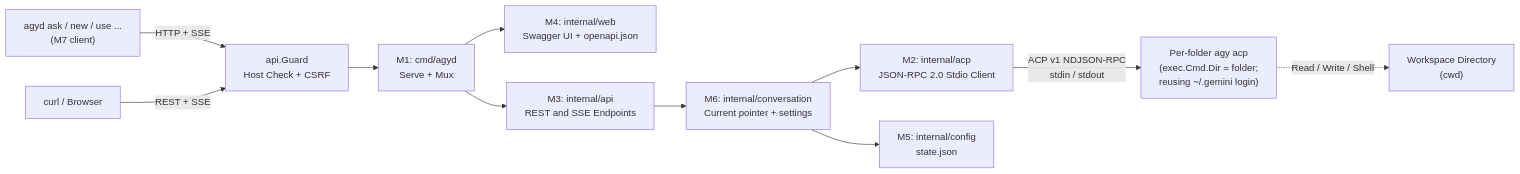
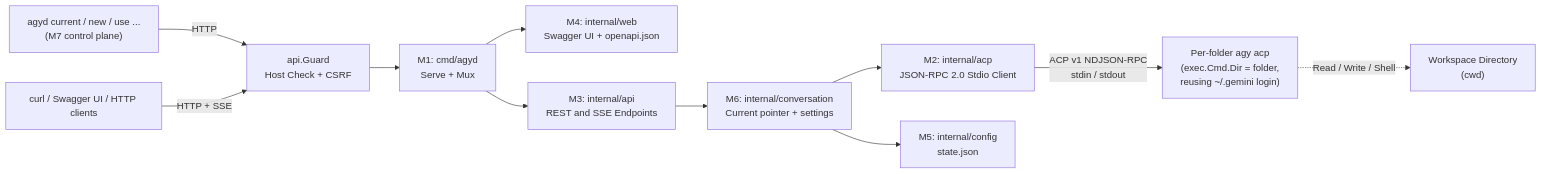
Before and after one commit to kesokaj/agyd: the first of 3 diagrams in SDD.md, drawn with Mermaid. The commit also changed other lines of this file and 2 other files, not shown here.

Commit message:
Update README, SDD, and TDD for ADR-007 API-first CLI and verbatim ACP envelope

````diff
--- a/SDD.md
+++ b/SDD.md
@@ -10,13 +10,13 @@
 ```mermaid
 flowchart LR
-  CLI["agyd ask / new / use ...\n(M7 client)"] -->|"HTTP + SSE"| Guard
-  Caller["curl / Browser"] -->|"REST + SSE"| Guard["api.Guard\nHost Check + CSRF"]
+  CLI["agyd current / new / use ...\n(M7 control plane)"] -->|"HTTP"| Guard
+  Caller["curl / Swagger UI / HTTP clients"] -->|"HTTP + SSE"| Guard["api.Guard\nHost Check + CSRF"]
   Guard --> M1["M1: cmd/agyd\nServe + Mux"]
   M1 --> M4["M4: internal/web\nSwagger UI + openapi.json"]
   M1 --> M3["M3: internal/api\nREST and SSE Endpoints"]
   M3 --> M6["M6: internal/conversation\nCurrent pointer + settings"]
   M6 --> M2["M2: internal/acp\nJSON-RPC 2.0 Stdio Client"]
   M6 --> M5["M5: internal/config\nstate.json"]
-  M2 -->|"ACP v1 NDJSON-RPC\nstdin / stdout"| Agy["Per-folder agy acp\n(exec.Cmd.Dir = folder;\nreusing ~/.gemini login)"]
+  M2 -->|"ACP v1 NDJSON-RPC\nstdin / stdout"| Agy["Per-folder agy acp\n(exec.Cmd.Dir = folder,\nreusing ~/.gemini login)"]
   Agy -.->|"Read / Write / Shell"| Workspace["Workspace Directory\n(cwd)"]
 ```
````
